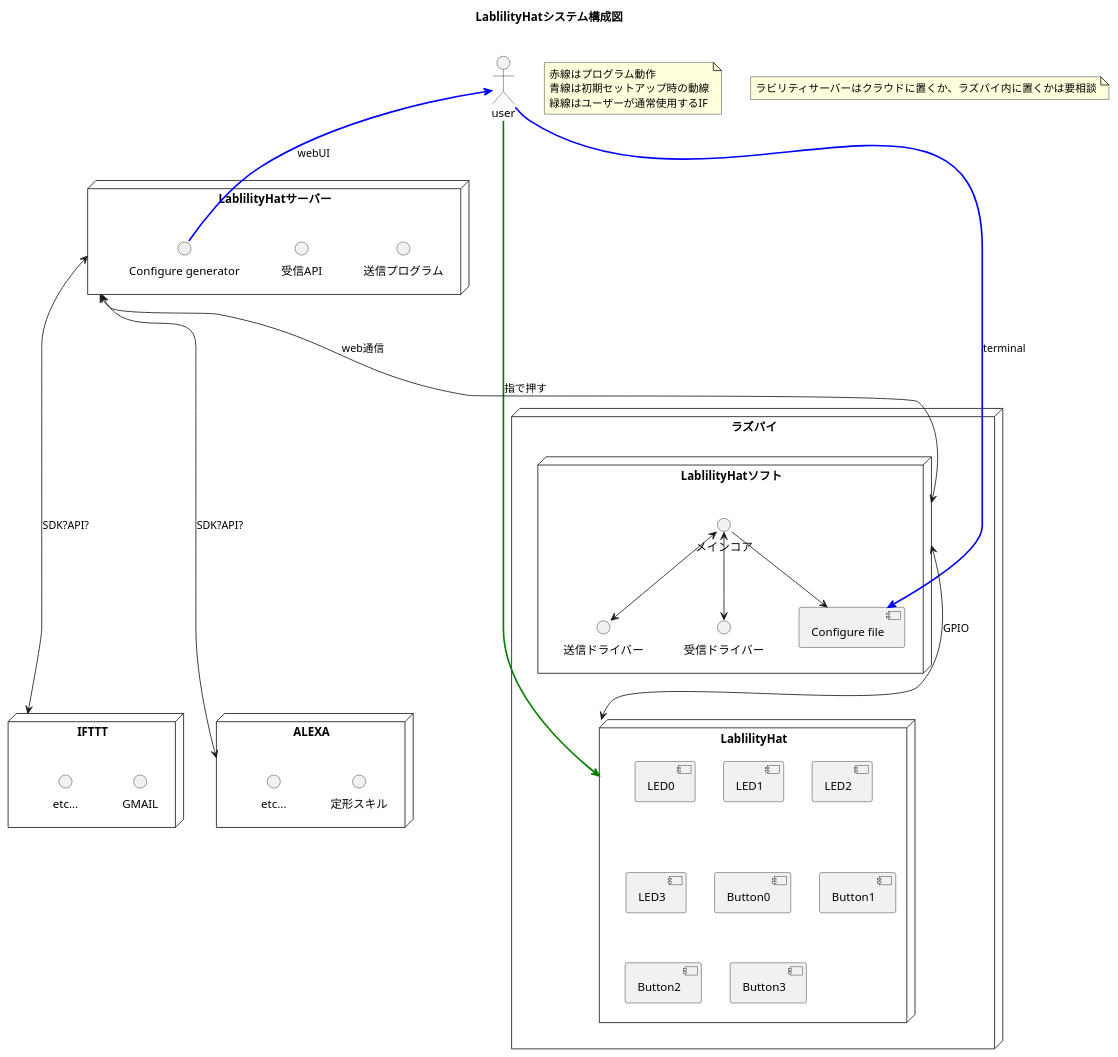
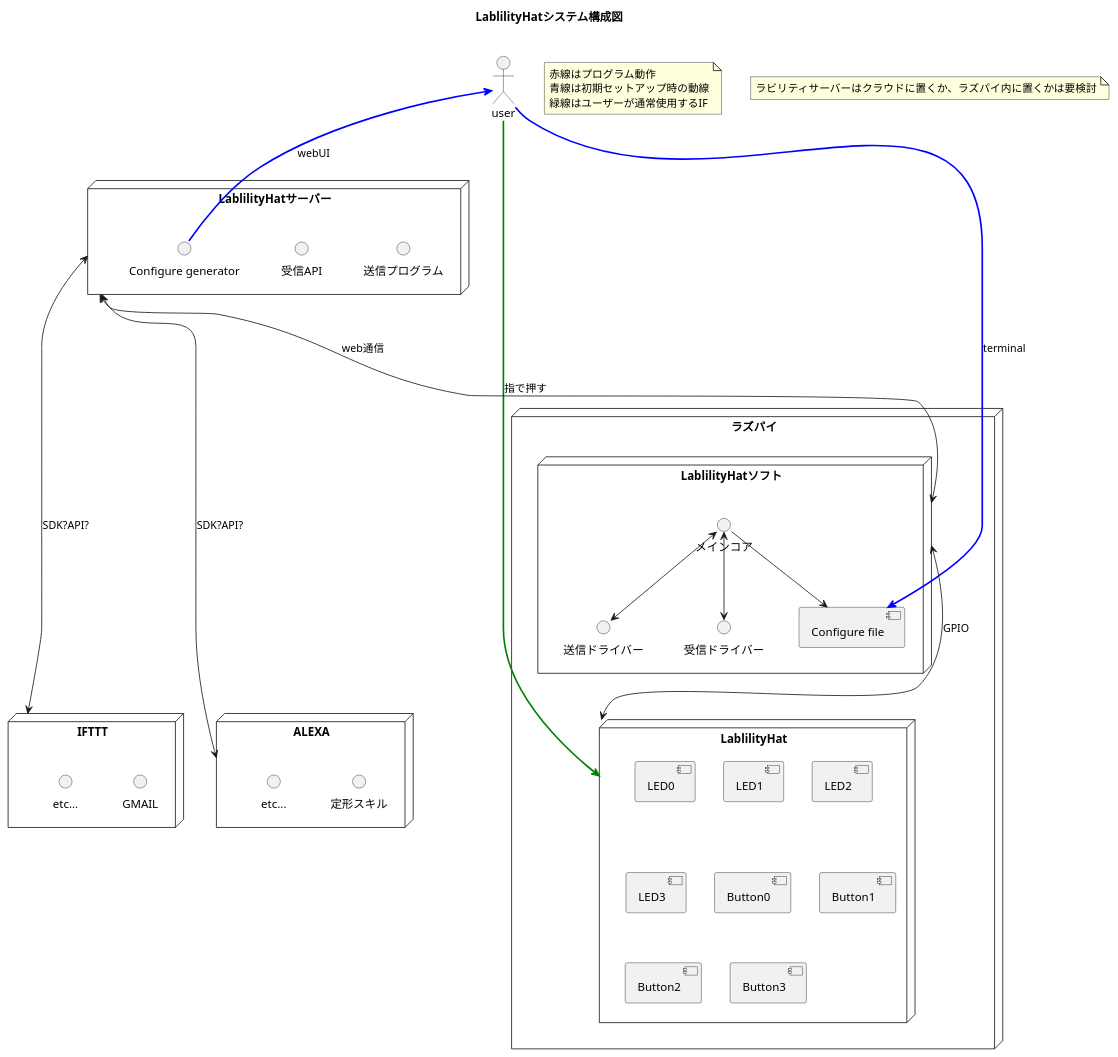
Before and after one commit to mkXultra/LablilityHat_software_design: the diagram in system_configuration.pu, drawn with PlantUML. The commit also changed 1 other file, not shown here.

```diff
--- a/system_configuration.pu
+++ b/system_configuration.pu
@@ -1,67 +1,67 @@
 @startuml
 title "LablilityHatシステム構成図"
 
 note as N1
  赤線はプログラム動作
  青線は初期セットアップ時の動線
  緑線はユーザーが通常使用するIF
 end note
 
 note as N2
-  ラビリティサーバーはクラウドに置くか、ラズパイ内に置くかは要相談
+  ラビリティサーバーはクラウドに置くか、ラズパイ内に置くかは要検討
 end note
 
 node "ラズパイ"{
  node "LablilityHat"{
  component "LED0" 
  component "LED1" 
  component "LED2" 
  component "LED3" 
  component "Button0" 
  component "Button1" 
  component "Button2" 
  component "Button3" 
  }
 
  node "LablilityHatソフト"{
  interface "メインコア" as deviceSoftware
  interface "送信ドライバー" as deviceSend
  interface "受信ドライバー" as deviceReceive
  component "Configure file" as configure
  }
 }
 
 node "LablilityHatサーバー"{
  interface "送信プログラム" as serverSend
  interface "受信API" as serverReceive
  interface "Configure generator" as configureGene
 }
 
 node "IFTTT"{
  interface "GMAIL" as iftttGmail
  interface "etc..." as iftttEtc
 }
 
 node "ALEXA"{
  interface "定形スキル" as alexaGmail
  interface "etc..." as alexaEtc
 }
 
 "user"
 
 user -[bold,#green]-> LablilityHat :指で押す
 user <-[bold,#blue]- configureGene :webUI
 user -[bold,#blue]-> configure :terminal
 
 LablilityHatサーバー <---> LablilityHatソフト :web通信
 LablilityHatソフト <---> LablilityHat :GPIO
 
 deviceSoftware <--> deviceSend
 deviceSoftware <--> deviceReceive
 deviceSoftware --> configure
 
 LablilityHatサーバー <-----> ALEXA :SDK?API?
 LablilityHatサーバー <-----> IFTTT :SDK?API?
 
 
 @enduml
```
